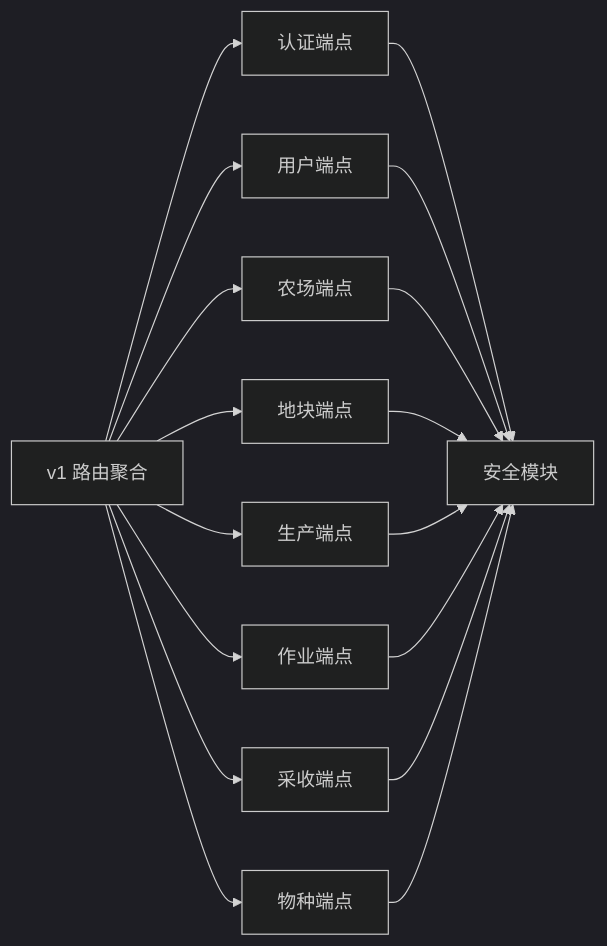
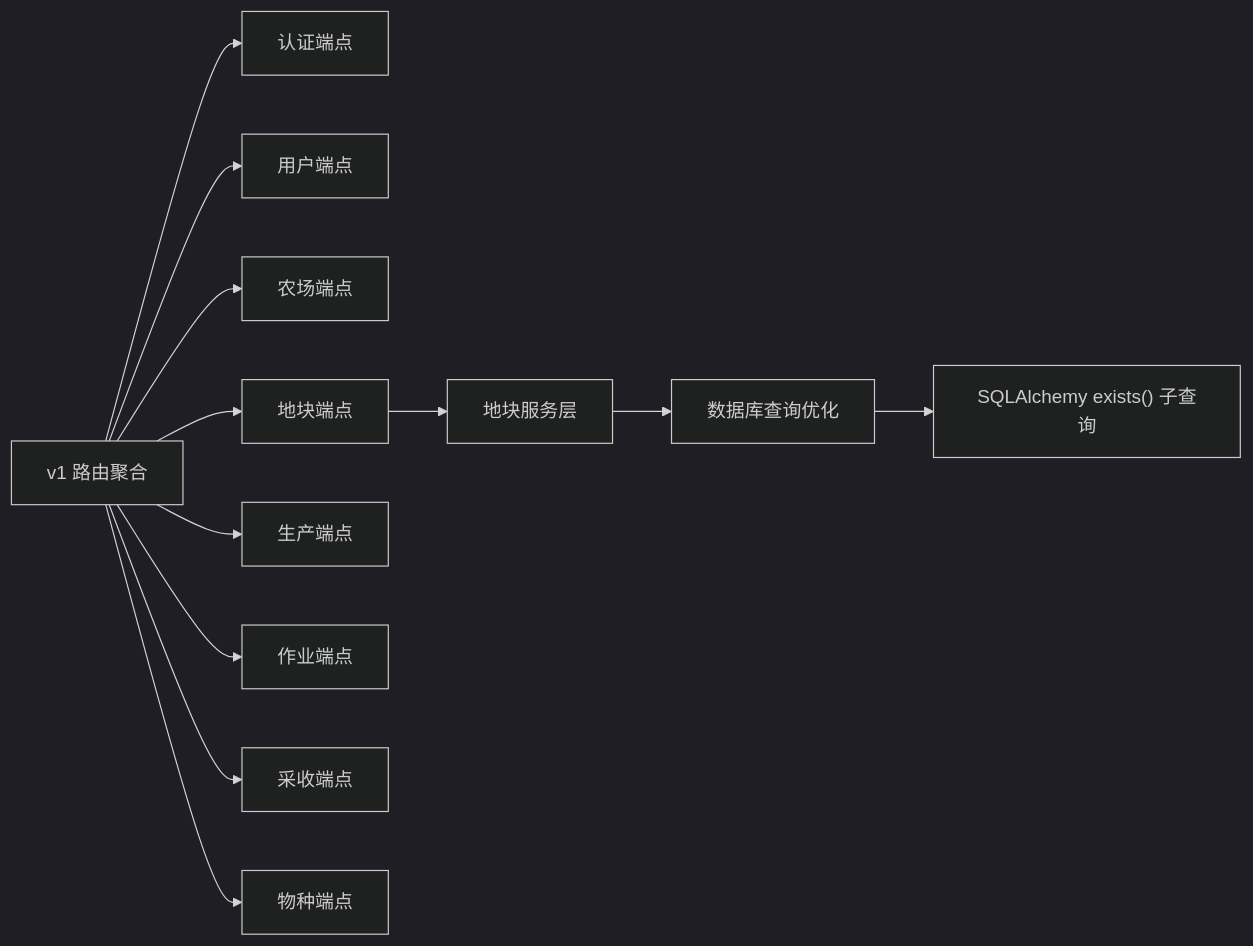
One commit to wungjyan/pocket-farm changed the fourth of 4 diagrams in .qoder/repowiki/zh/content/后端 API 文档/后端 API 文档.md. Above: the diagram before and after it, drawn with Mermaid (dark theme). The commit also changed other lines of this file and 198 other files, not shown here.

````diff
--- a/.qoder/repowiki/zh/content/后端 API 文档/后端 API 文档.md
+++ b/.qoder/repowiki/zh/content/后端 API 文档/后端 API 文档.md
@@ -211,19 +248,14 @@
 ```mermaid
 graph LR
 R["v1 路由聚合"] --> A["认证端点"]
 R --> U["用户端点"]
 R --> F["农场端点"]
 R --> P["地块端点"]
 R --> PR["生产端点"]
 R --> O["作业端点"]
 R --> H["采收端点"]
 R --> S["物种端点"]
-A --> SEC["安全模块"]
-U --> SEC
-F --> SEC
-P --> SEC
-PR --> SEC
-O --> SEC
-H --> SEC
-S --> SEC
+P --> PS["地块服务层"]
+PS --> DB["数据库查询优化"]
+DB --> SQ["SQLAlchemy exists() 子查询"]
 ```
````
